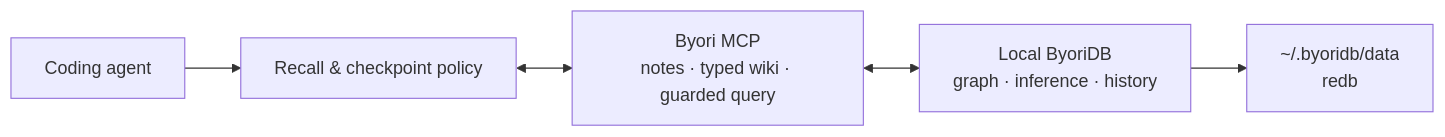
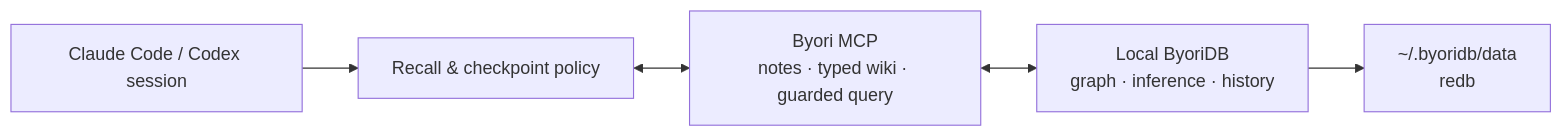
The diagram in README.md (byoridb/byori), drawn with Mermaid before and after one commit. The commit also changed other lines of this file and 74 other files, not shown here.

First line of the commit message:
feat: make Byori a multi-agent coding workspace

````diff
--- a/README.md
+++ b/README.md
@@ -64,7 +186,7 @@
 ```mermaid
 flowchart LR
-    A[Coding agent] --> B[Recall & checkpoint policy]
+    A[Claude Code / Codex session] --> B[Recall & checkpoint policy]
     B <--> C[Byori MCP<br/>notes · typed wiki · guarded query]
     C <--> D[Local ByoriDB<br/>graph · inference · history]
     D --> E[~/.byoridb/data<br/>redb]
 ```
````
